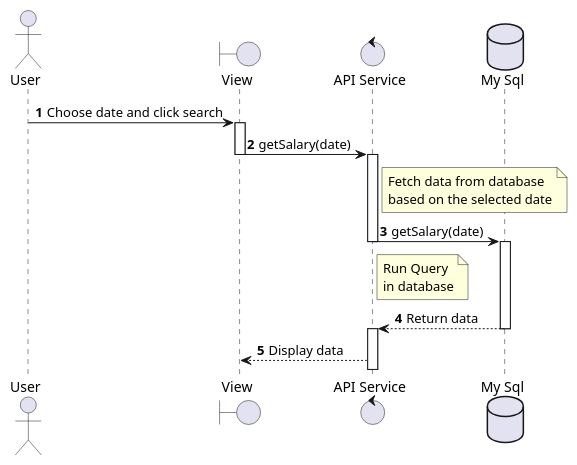
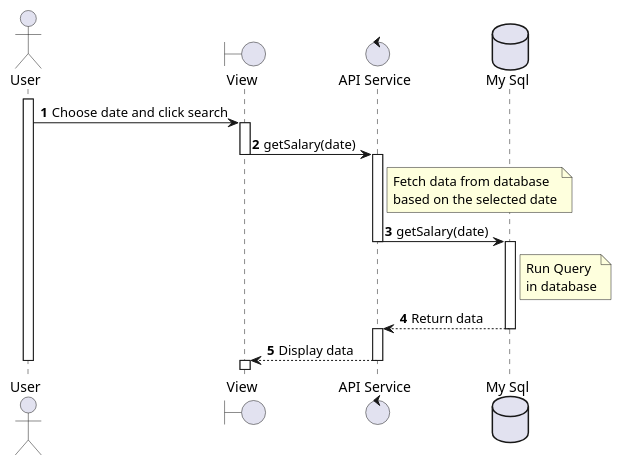
One commit to Fitranda/Diagram changed the diagram in sequenceDiagram_Salary_getData.wsd. Above: the diagram before and after it, drawn with PlantUML. The commit also changed 50 other files, not shown here.

```diff
--- a/sequenceDiagram_Salary_getData.wsd
+++ b/sequenceDiagram_Salary_getData.wsd
@@ -1,15 +1,25 @@
 @startuml sequenceDiagram_Salary_getData
 actor User
 boundary "View" as View
 control "API Service" as APIService
 database "My Sql" as DB
 
 autonumber
-User -> View --++ : Choose date and click search
-View -> APIService --++ : getSalary(date)
+activate User
+User -> View : Choose date and click search
+activate View
+View -> APIService : getSalary(date)
+deactivate View
+activate APIService
 note right of APIService: Fetch data from database\nbased on the selected date
-APIService -> DB --++ : getSalary(date)
-note right of APIService: Run Query\nin database
-DB --> APIService --++ : Return data
-APIService --> View : Display data
+APIService -> DB : getSalary(date)
+deactivate APIService
+activate DB
+note right of DB: Run Query\nin database
+DB --> APIService : Return data
+deactivate DB
+activate APIService
+APIService --> View --++: Display data
+deactivate User
+deactivate APIService
 @enduml
```
